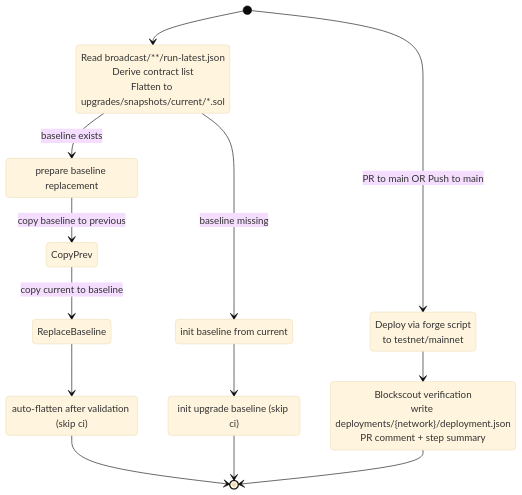
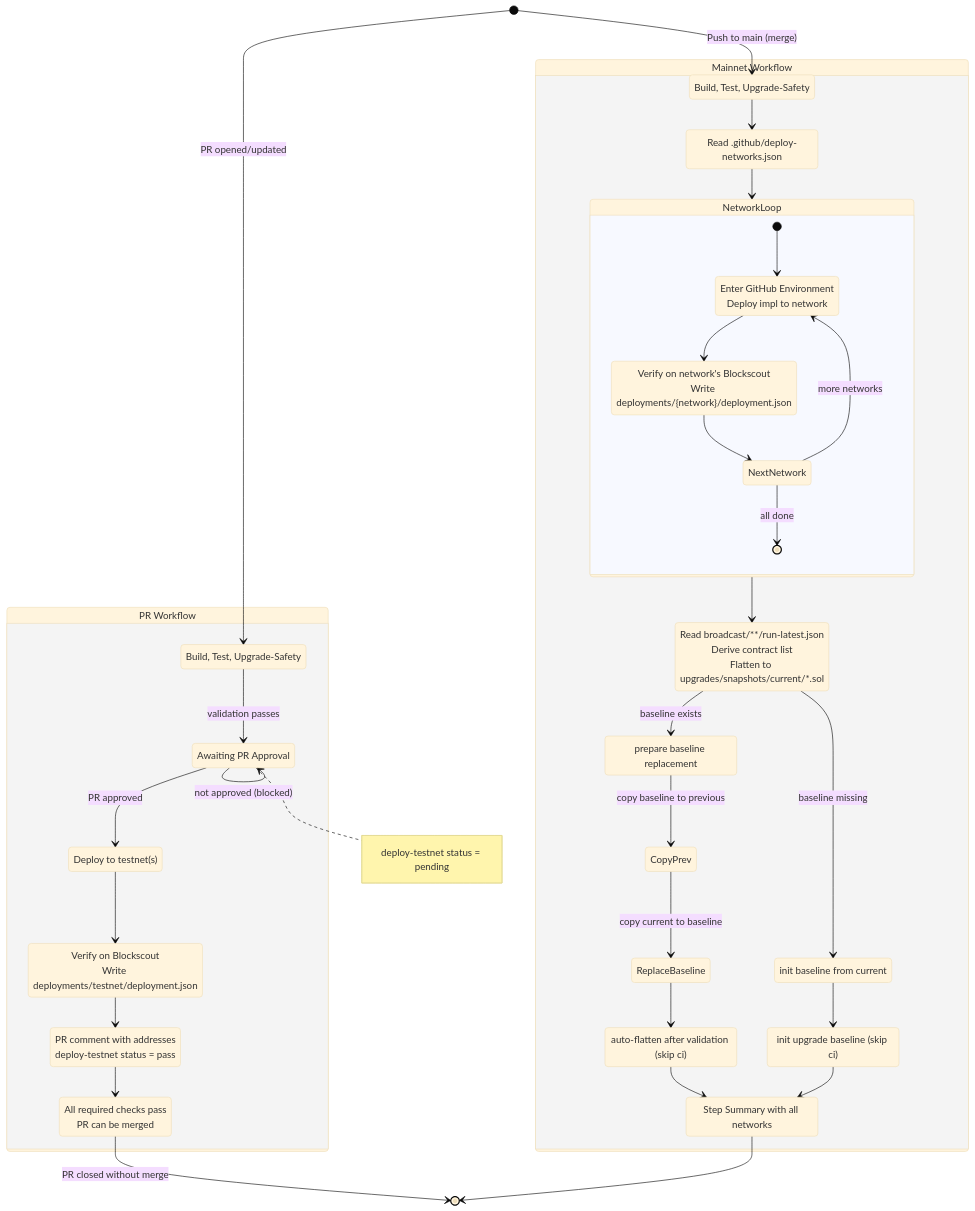
One commit to BreadchainCoop/etherform changed the second of 2 diagrams in docs/specs/ci-cd-automated-deployments.md. Above: the diagram before and after it, drawn with Mermaid (base theme). The commit also changed other lines of this file, not shown here.

First line of the commit message:
docs(spec): update CI/CD spec with multi-mainnet, approval-gated deploy, and main-only snapshots

````diff
--- a/docs/specs/ci-cd-automated-deployments.md
+++ b/docs/specs/ci-cd-automated-deployments.md
@@ -304,26 +475,66 @@
 ```mermaid
 stateDiagram-v2
-  [*] --> Flatten
-  [*] --> Deploy : PR to main OR Push to main
+  [*] --> BuildTest : PR opened/updated
 
-  Flatten: Read broadcast/**/run-latest.json<br/>Derive contract list<br/>Flatten to upgrades/snapshots/current/*.sol
-  Flatten --> Promote : baseline exists
-  Flatten --> InitBaseline : baseline missing
+  state "PR Workflow" as PRWorkflow {
+    BuildTest: Build, Test, Upgrade-Safety
+    BuildTest --> WaitApproval : validation passes
 
-  Promote: prepare baseline replacement
-  Promote --> CopyPrev : copy baseline to previous
-  CopyPrev --> ReplaceBaseline : copy current to baseline
-  ReplaceBaseline --> CommitUpdate
-  CommitUpdate: auto-flatten after validation (skip ci)
-  CommitUpdate --> [*]
+    WaitApproval: Awaiting PR Approval
+    note right of WaitApproval: deploy-testnet status = pending
+    WaitApproval --> DeployTestnet : PR approved
+    WaitApproval --> WaitApproval : not approved (blocked)
 
-  InitBaseline: init baseline from current
-  InitBaseline --> CommitInit
-  CommitInit: init upgrade baseline (skip ci)
-  CommitInit --> [*]
+    DeployTestnet: Deploy to testnet(s)
+    DeployTestnet --> VerifyTestnet
+    VerifyTestnet: Verify on Blockscout<br/>Write deployments/testnet/deployment.json
+    VerifyTestnet --> PRComment
+    PRComment: PR comment with addresses<br/>deploy-testnet status = pass
+    PRComment --> ReadyToMerge
+    ReadyToMerge: All required checks pass<br/>PR can be merged
+  }
 
-  Deploy: Deploy via forge script<br/>to testnet/mainnet
-  Deploy --> Verify
-  Verify: Blockscout verification<br/>write deployments/{network}/deployment.json<br/>PR comment + step summary
-  Verify --> [*]
+  ReadyToMerge --> [*] : PR closed without merge
+
+  [*] --> BuildTestMain : Push to main (merge)
+
+  state "Mainnet Workflow" as MainnetWorkflow {
+    BuildTestMain: Build, Test, Upgrade-Safety
+    BuildTestMain --> DeployMainnets
+
+    DeployMainnets: Read .github/deploy-networks.json
+    DeployMainnets --> NetworkLoop
+
+    state NetworkLoop {
+      [*] --> DeployNetwork
+      DeployNetwork: Enter GitHub Environment<br/>Deploy impl to network
+      DeployNetwork --> VerifyNetwork
+      VerifyNetwork: Verify on network's Blockscout<br/>Write deployments/{network}/deployment.json
+      VerifyNetwork --> NextNetwork
+      NextNetwork --> DeployNetwork : more networks
+      NextNetwork --> [*] : all done
+    }
+
+    NetworkLoop --> Flatten
+
+    Flatten: Read broadcast/**/run-latest.json<br/>Derive contract list<br/>Flatten to upgrades/snapshots/current/*.sol
+    Flatten --> Promote : baseline exists
+    Flatten --> InitBaseline : baseline missing
+
+    Promote: prepare baseline replacement
+    Promote --> CopyPrev : copy baseline to previous
+    CopyPrev --> ReplaceBaseline : copy current to baseline
+    ReplaceBaseline --> CommitUpdate
+    CommitUpdate: auto-flatten after validation (skip ci)
+    CommitUpdate --> Summary
+
+    InitBaseline: init baseline from current
+    InitBaseline --> CommitInit
+    CommitInit: init upgrade baseline (skip ci)
+    CommitInit --> Summary
+
+    Summary: Step Summary with all networks
+  }
+
+  Summary --> [*]
 ```
````
